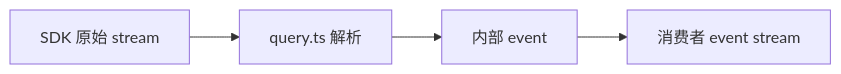
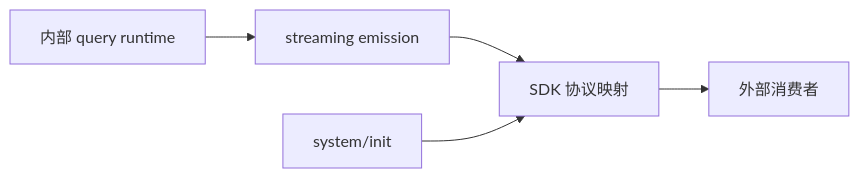
The diagram in claude-code-architecture/23-streaming-output-event-protocol-and-sdk-boundary.md (betaHi/betaHi.github.io), drawn with Mermaid before and after one commit. The commit also changed 3 other files, not shown here.

First line of the commit message:
Audit all mermaid diagrams for source fidelity

````diff
--- a/claude-code-architecture/23-streaming-output-event-protocol-and-sdk-boundary.md
+++ b/claude-code-architecture/23-streaming-output-event-protocol-and-sdk-boundary.md
@@ -29,6 +29,7 @@
 ```mermaid
 flowchart LR
-    A[SDK 原始 stream] --> B[query.ts 解析]
-    B --> C[内部 event]
-    C --> D[消费者 event stream]
+    A[内部 query runtime] --> B[streaming emission]
+    B --> C[SDK 协议映射]
+    S[system/init] --> C
+    C --> D[外部消费者]
 ```
````
